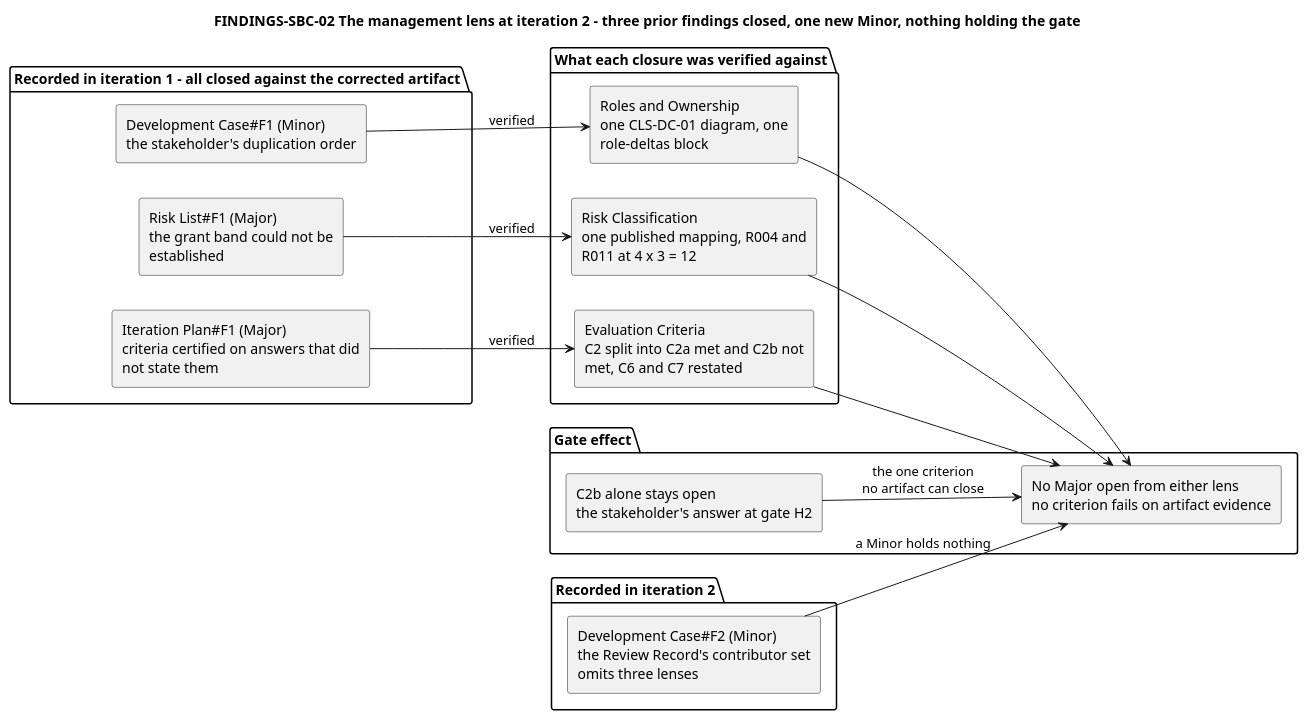
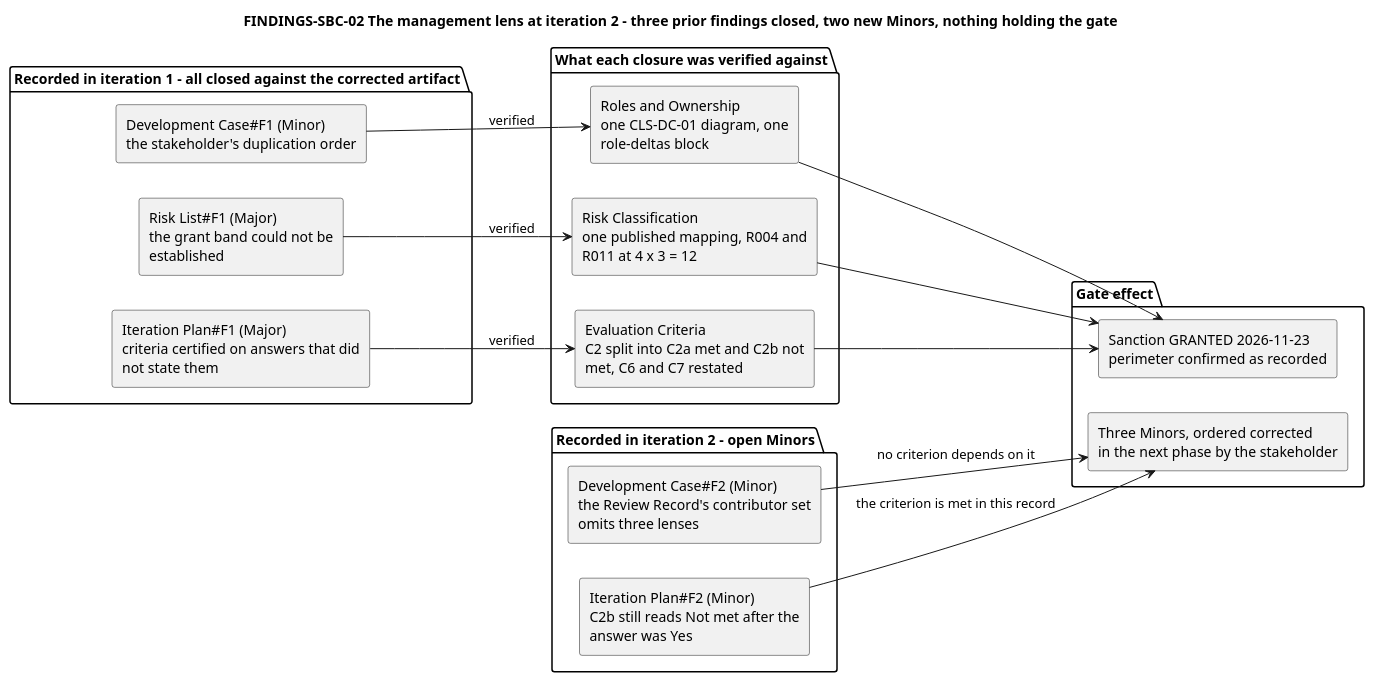
The fifth of 13 diagrams in docs/artifacts/project-management/review-record.md (banense-test/TodoApp), drawn with PlantUML before and after one commit. The commit also changed other lines of this file, not shown here.

Commit message:
Management Reviewer [Survey2]: upsert Review Record
[skip ci]

````diff
--- a/docs/artifacts/project-management/review-record.md
+++ b/docs/artifacts/project-management/review-record.md
@@ -459,40 +459,41 @@
 ```plantuml
 @startuml
-title FINDINGS-SBC-02 The management lens at iteration 2 - three prior findings closed, one new Minor, nothing holding the gate
+title FINDINGS-SBC-02 The management lens at iteration 2 - three prior findings closed, two new Minors, nothing holding the gate
 
 skinparam shadowing false
 left to right direction
 skinparam componentStyle rectangle
 skinparam wrapWidth 240
 
 package "Recorded in iteration 1 - all closed against the corrected artifact" {
   component "Development Case#F1 (Minor)\nthe stakeholder's duplication order" as DC1
   component "Risk List#F1 (Major)\nthe grant band could not be established" as RL1
   component "Iteration Plan#F1 (Major)\ncriteria certified on answers that did not state them" as IP1
 }
 
-package "Recorded in iteration 2" {
+package "Recorded in iteration 2 - open Minors" {
   component "Development Case#F2 (Minor)\nthe Review Record's contributor set omits three lenses" as DC2
+  component "Iteration Plan#F2 (Minor)\nC2b still reads Not met after the answer was Yes" as IP2
 }
 
 package "What each closure was verified against" {
   component "Roles and Ownership\none CLS-DC-01 diagram, one role-deltas block" as V1
   component "Risk Classification\none published mapping, R004 and R011 at 4 x 3 = 12" as V2
   component "Evaluation Criteria\nC2 split into C2a met and C2b not met, C6 and C7 restated" as V3
 }
 
 package "Gate effect" {
-  component "No Major open from either lens\nno criterion fails on artifact evidence" as GATE
-  component "C2b alone stays open\nthe stakeholder's answer at gate H2" as H2
+  component "Sanction GRANTED 2026-11-23\nperimeter confirmed as recorded" as GATE
+  component "Three Minors, ordered corrected\nin the next phase by the stakeholder" as MIN
 }
 
 DC1 --> V1 : verified
 RL1 --> V2 : verified
 IP1 --> V3 : verified
 V1 --> GATE
 V2 --> GATE
 V3 --> GATE
-DC2 --> GATE : a Minor holds nothing
-H2 --> GATE : the one criterion\nno artifact can close
+DC2 --> MIN : no criterion depends on it
+IP2 --> MIN : the criterion is met in this record
 @enduml
 ```
````
